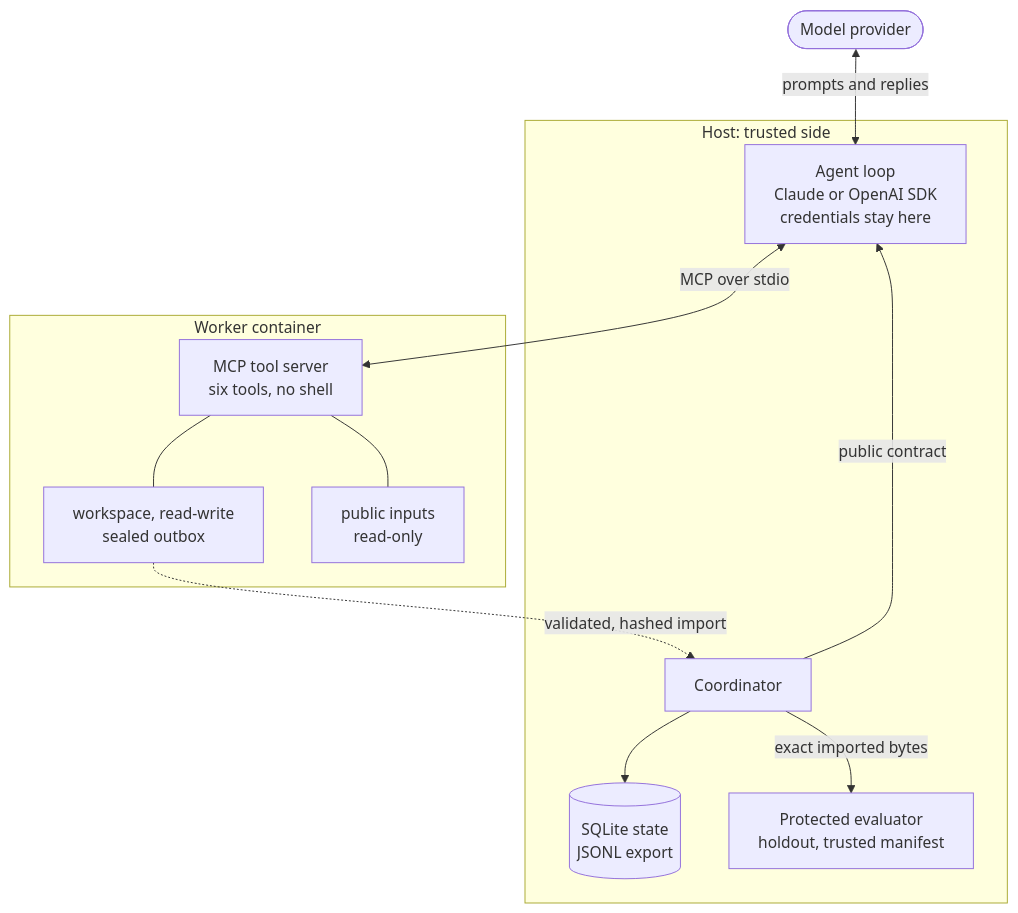
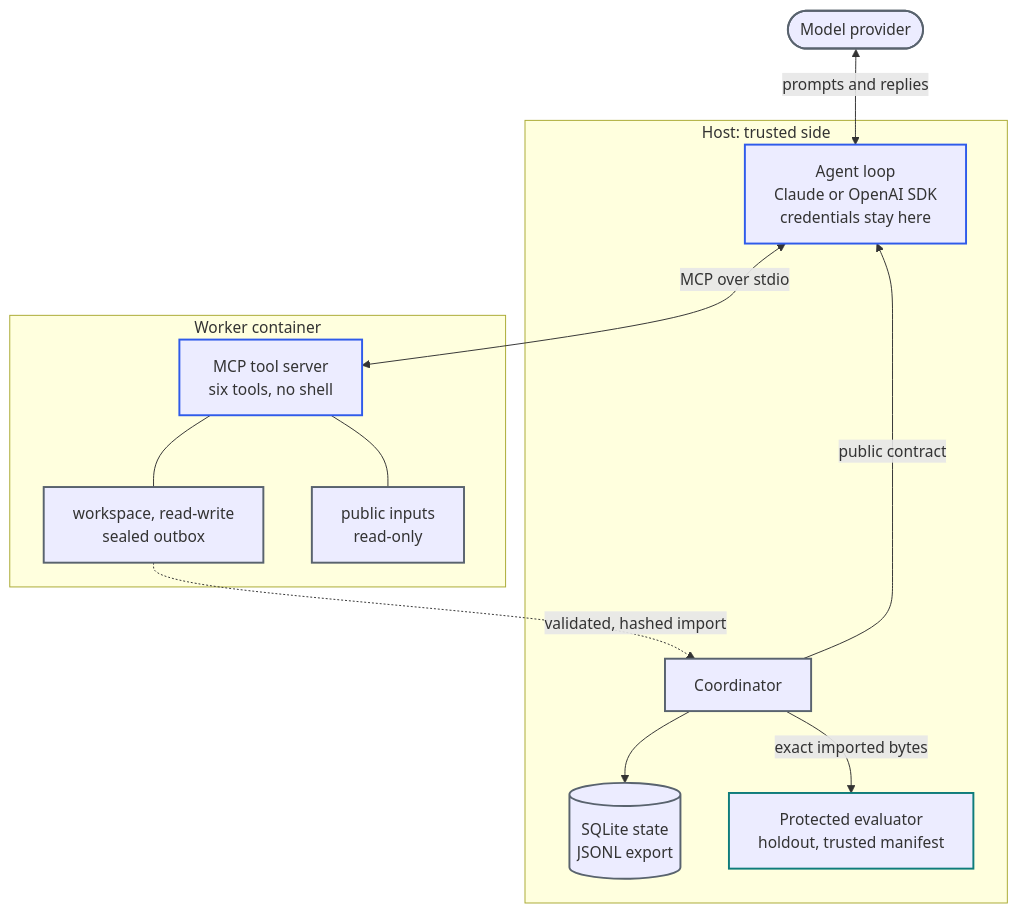
The third of 3 diagrams in README.md (FabianJun/open-research-loops), drawn with Mermaid before and after one commit. The commit also changed other lines of this file and 7 other files, not shown here.

````diff
--- a/README.md
+++ b/README.md
@@ -228,23 +242,29 @@
 ```mermaid
 flowchart TB
     LLM(["Model provider"])
     subgraph HOST["Host: trusted side"]
         SDK["Agent loop<br/>Claude or OpenAI SDK<br/>credentials stay here"]
         C["Coordinator"]
         DB[("SQLite state<br/>JSONL export")]
         EV["Protected evaluator<br/>holdout, trusted manifest"]
     end
     subgraph BOX["Worker container"]
         MCP["MCP tool server<br/>six tools, no shell"]
         WS["workspace, read-write<br/>sealed outbox"]
         PUB["public inputs<br/>read-only"]
     end
     LLM <-->|"prompts and replies"| SDK
     C -->|"public contract"| SDK
     C --> DB
     C -->|"exact imported bytes"| EV
     SDK <-->|"MCP over stdio"| MCP
     MCP --- WS
     MCP --- PUB
     WS -.->|"validated, hashed import"| C
+    classDef agent stroke:#2f5bea,stroke-width:2px
+    classDef evidence stroke:#0e7c7b,stroke-width:2px
+    classDef neutral stroke:#59636e,stroke-width:2px
+    class SDK,MCP agent
+    class EV evidence
+    class LLM,C,DB,WS,PUB neutral
 ```
````
